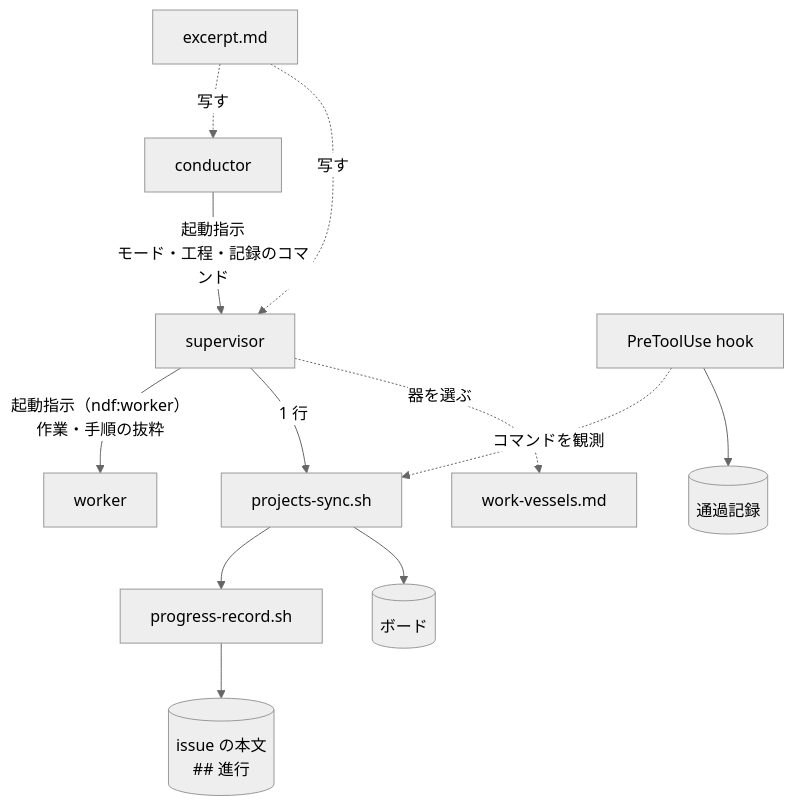
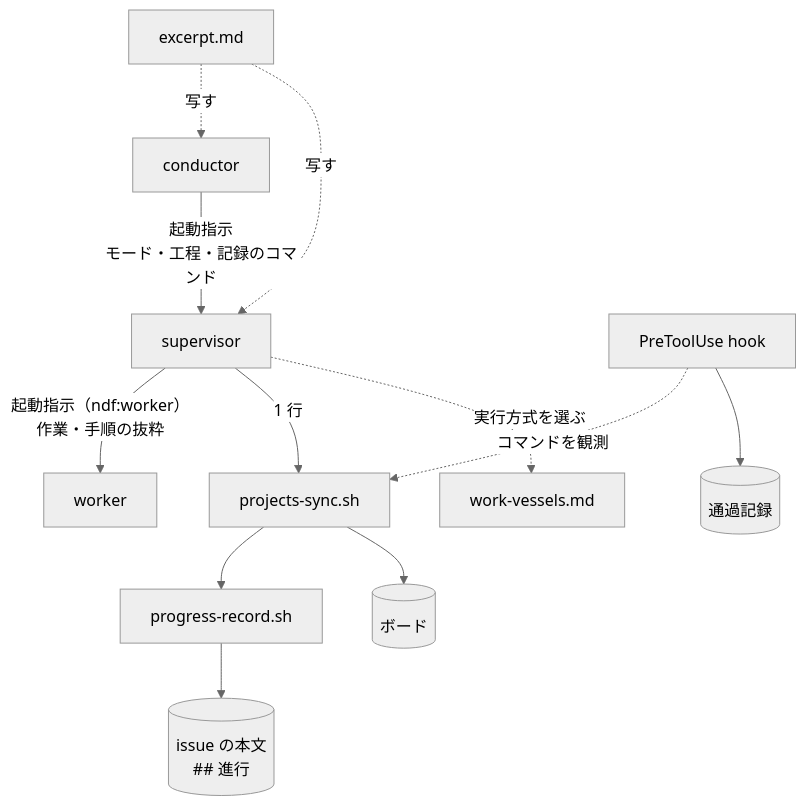
The diagram in docs/specifications/ndf-worker-agent-and-skill-excerpts.md (devbasex/ai-plugins), drawn with Mermaid (neutral theme) before and after one commit. The commit also changed other lines of this file and 3 other files, not shown here.

````diff
--- a/docs/specifications/ndf-worker-agent-and-skill-excerpts.md
+++ b/docs/specifications/ndf-worker-agent-and-skill-excerpts.md
@@ -74,14 +74,14 @@
 ```mermaid
 flowchart TB
   C[conductor] -- 起動指示<br/>モード・工程・記録のコマンド --> S[supervisor]
   S -- "起動指示（ndf:worker）<br/>作業・手順の抜粋" --> W[worker]
   S -- 1 行 --> PS[projects-sync.sh]
   PS --> PR[progress-record.sh]
   PR --> IB[(issue の本文<br/>## 進行)]
   PS --> BD[(ボード)]
   H[PreToolUse hook] -. コマンドを観測 .-> PS
   H --> ST[(通過記録)]
-  S -. 器を選ぶ .-> WV[work-vessels.md]
+  S -. 実行方式を選ぶ .-> WV[work-vessels.md]
   EX[excerpt.md] -. 写す .-> C
   EX -. 写す .-> S
 ```
````
